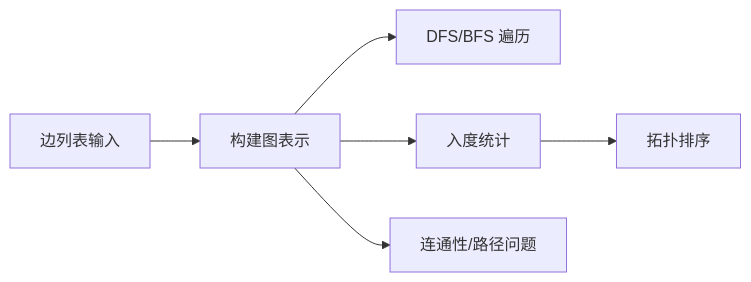
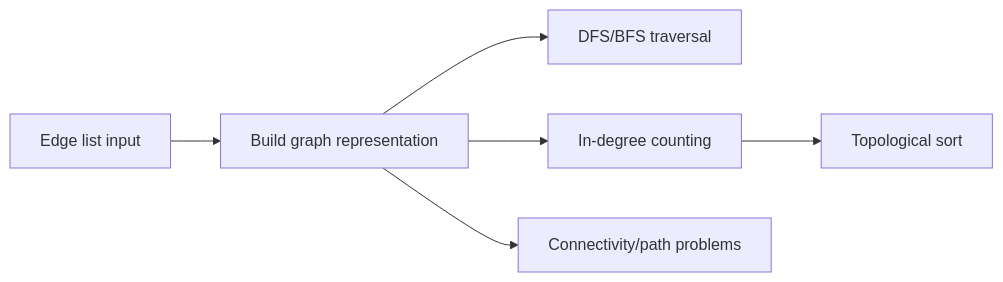
Before and after one commit to HONGLEI111/hhlblog-global: the second of 2 diagrams in src/content/technology/graph.md, drawn with Mermaid. The commit also changed 33 other files, not shown here.

First line of the commit message:
content(code): 翻译 mermaid 图节点标签（34 文件 / 267 处）

````diff
--- a/src/content/technology/graph.md
+++ b/src/content/technology/graph.md
@@ -255,8 +255,8 @@
 ```mermaid
 graph LR
-    A[边列表输入] --> B[构建图表示]
-    B --> C[DFS/BFS 遍历]
-    B --> D[入度统计]
-    D --> E[拓扑排序]
-    B --> F[连通性/路径问题]
+    A[Edge list input] --> B[Build graph representation]
+    B --> C[DFS/BFS traversal]
+    B --> D[In-degree counting]
+    D --> E[Topological sort]
+    B --> F[Connectivity/path problems]
 ```
````
